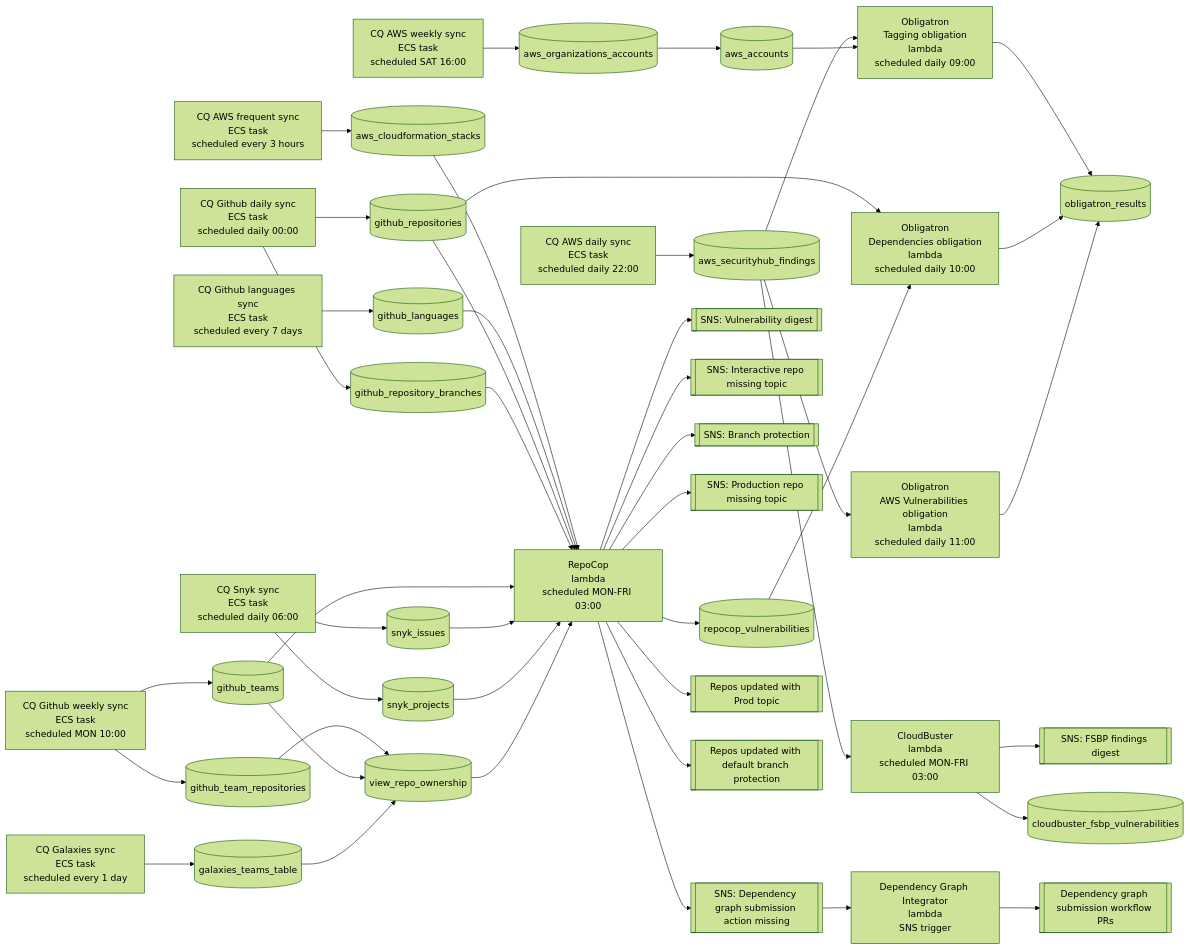
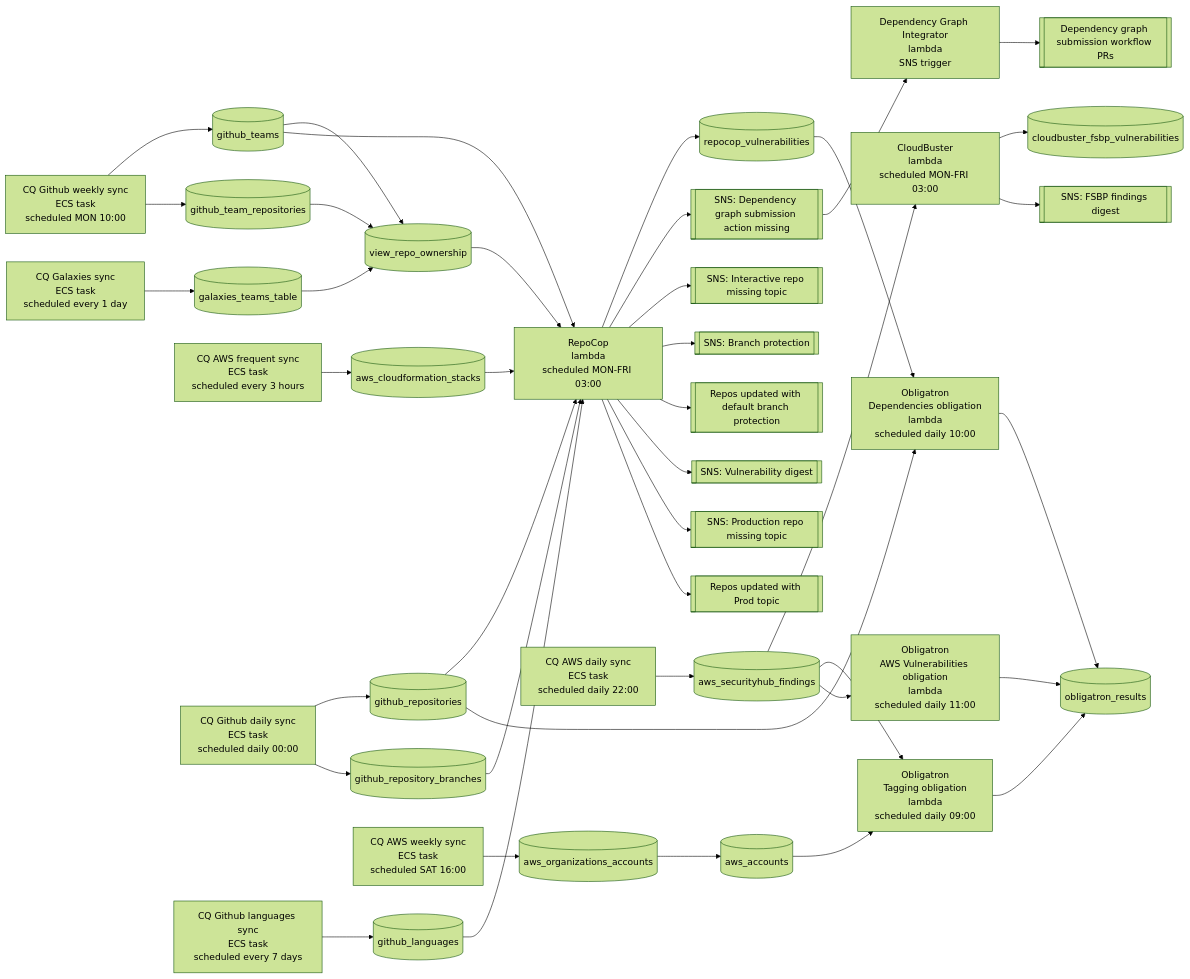
Before and after one commit to guardian/service-catalogue: the diagram in packages/repocop/JobDependencies.md, drawn with Mermaid (forest theme). The commit also changed other lines of this file and 9 other files, not shown here.

Commit message:
refactor: remove snyk from repocop

```diff
--- a/packages/repocop/JobDependencies.md
+++ b/packages/repocop/JobDependencies.md
@@ -13,17 +14,15 @@
     ghBranchData[(github_repository_branches)]
     ghTeamData[(github_teams)]
     ghTeamRepoData[(github_team_repositories)]
-    snykIssueData[(snyk_issues)]
-    snykProjectData[(snyk_projects)]
     galaxyTeamData[(galaxies_teams_table)]
     repoCopVulnData[(repocop_vulnerabilities)]
     fsbpVulnData[(cloudbuster_fsbp_vulnerabilities)]
     obligatronResultData[(obligatron_results)]
-    
+
     %% Data views
     awsAccountView[(aws_accounts)]
     repoOwnerView[(view_repo_ownership)]
-    
+
     %% Notifications
     vulnNotice[[SNS: Vulnerability digest]]
     fsbpNotice[[SNS: FSBP findings digest]]
@@ -31,19 +30,18 @@
     ghBranchProtectNotice[[SNS: Branch protection]]
     ghProdRepoNotice[[SNS: Production repo missing topic]]
     ghDepGraphMissingNotice[[SNS: Dependency graph submission action missing]]
-    
+
     %% Other writes
     ghDepGraphPR[[Dependency graph submission workflow PRs]]
     ghProdRepo[[Repos updated with Prod topic]]
     ghBranchProtect[[Repos updated with default branch protection]]
-    
+
     %% Processes
     awsWeeklyLoader[CQ AWS weekly sync<br>ECS task<br>scheduled SAT 16:00]
     awsDailyLoader[CQ AWS daily sync<br>ECS task<br>scheduled daily 22:00]
     awsFreqLoader[CQ AWS frequent sync<br>ECS task<br>scheduled every 3 hours]
     ghWeeklyLoader[CQ Github weekly sync<br>ECS task<br>scheduled MON 10:00]
     ghDailyLoader[CQ Github daily sync<br>ECS task<br>scheduled daily 00:00]
-    snykLoader[CQ Snyk sync<br>ECS task<br>scheduled daily 06:00]
     ghLangLoader[CQ Github languages sync<br>ECS task<br>scheduled every 7 days]
     galaxiesLoader[CQ Galaxies sync<br>ECS task<br>scheduled every 1 day]
     repocop[RepoCop<br>lambda<br>scheduled MON-FRI 03:00]
@@ -52,9 +50,9 @@
     obligatronTagging[Obligatron<br>Tagging obligation<br>lambda<br>scheduled daily 09:00]
     obligatronDeps[Obligatron<br>Dependencies obligation<br>lambda<br>scheduled daily 10:00]
     obligatronVulns[Obligatron<br>AWS Vulnerabilities obligation<br>lambda<br>scheduled daily 11:00]
-    
+
     %% Dependencies
-    
+
     %% Data loading
     awsWeeklyLoader --> awsAccountData
     awsFreqLoader --> awsStackData
@@ -64,22 +62,18 @@
     ghDailyLoader --> ghBranchData
     ghWeeklyLoader --> ghTeamData
     ghWeeklyLoader --> ghTeamRepoData
-    snykLoader --> snykIssueData
-    snykLoader --> snykProjectData
     galaxiesLoader --> galaxyTeamData
     awsAccountData --> awsAccountView
     ghTeamRepoData --> repoOwnerView
     ghTeamData --> repoOwnerView
     galaxyTeamData --> repoOwnerView
-    
+
     %% RepoCop
     awsStackData --> repocop
     ghLangData --> repocop
     ghRepoData --> repocop
     ghBranchData --> repocop
     ghTeamData --> repocop
-    snykIssueData --> repocop
-    snykProjectData --> repocop
     repoOwnerView --> repocop
     repocop --> repoCopVulnData
     repocop --> ghDepGraphMissingNotice
@@ -89,16 +83,16 @@
     repocop --> vulnNotice
     repocop --> ghProdRepoNotice
     repocop --> ghProdRepo
-    
+
     %% Dependency graph integrator
     ghDepGraphMissingNotice --> depGraphIntegrator
     depGraphIntegrator --> ghDepGraphPR
-    
+
     %% Cloud Buster
     awsFsbpFindingData --> cloudbuster
     cloudbuster --> fsbpVulnData
     cloudbuster --> fsbpNotice
-    
+
     %% Obligatron
     awsFsbpFindingData --> obligatronTagging
     awsAccountView --> obligatronTagging
```
